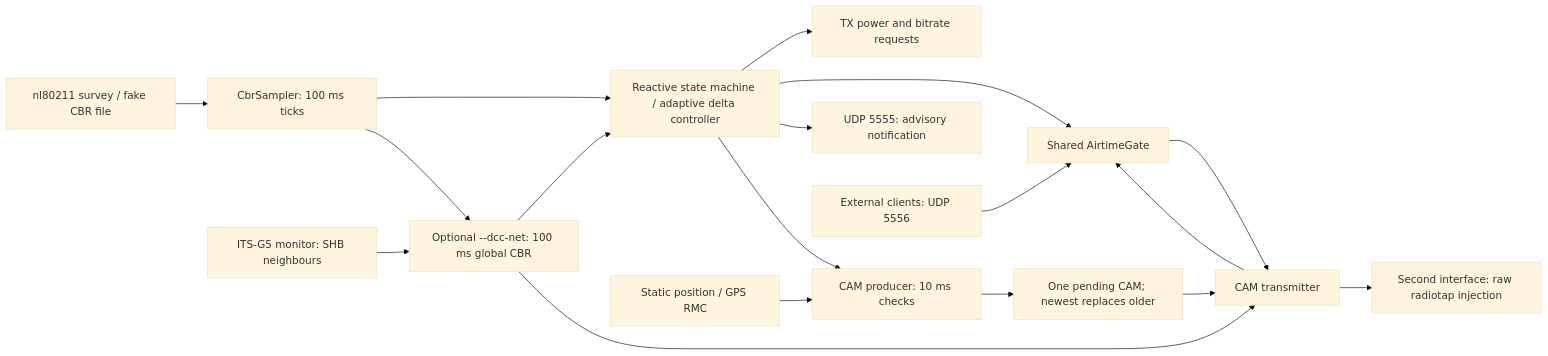
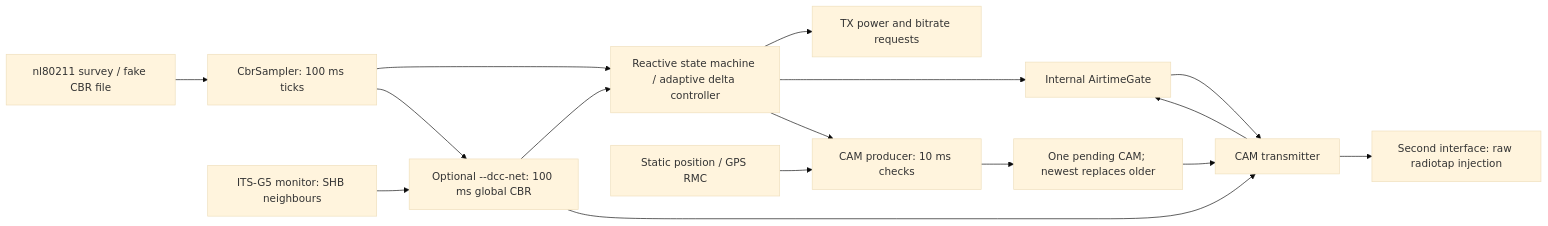
One commit to netlab-dief/DCC changed the diagram in CODEBASE_ANALYSIS.md. Above: the diagram before and after it, drawn with Mermaid (base theme). The commit also changed other lines of this file and 13 other files, not shown here.

````diff
--- a/CODEBASE_ANALYSIS.md
+++ b/CODEBASE_ANALYSIS.md
@@ -9,20 +9,18 @@
 ```mermaid
 flowchart LR
     Survey["nl80211 survey / fake CBR file"] --> Sampler["CbrSampler: 100 ms ticks"]
     Sampler --> Controller["Reactive state machine / adaptive delta controller"]
     Sampler --> NET["Optional --dcc-net: 100 ms global CBR"]
     RX["ITS-G5 monitor: SHB neighbours"] --> NET
     NET --> Controller
     NET --> TX
     Controller --> RadioSettings["TX power and bitrate requests"]
-    Controller --> Gate["Shared AirtimeGate"]
-    Controller --> Advisory["UDP 5555: advisory notification"]
+    Controller --> Gate["Internal AirtimeGate"]
     Controller --> Generation["CAM producer: 10 ms checks"]
     Source["Static position / GPS RMC"] --> Generation
     Generation --> Latest["One pending CAM; newest replaces older"]
     Latest --> TX["CAM transmitter"]
     Gate --> TX
-    External["External clients: UDP 5556"] --> Gate
     TX --> Radio["Second interface: raw radiotap injection"]
     TX --> Gate
 ```
````
